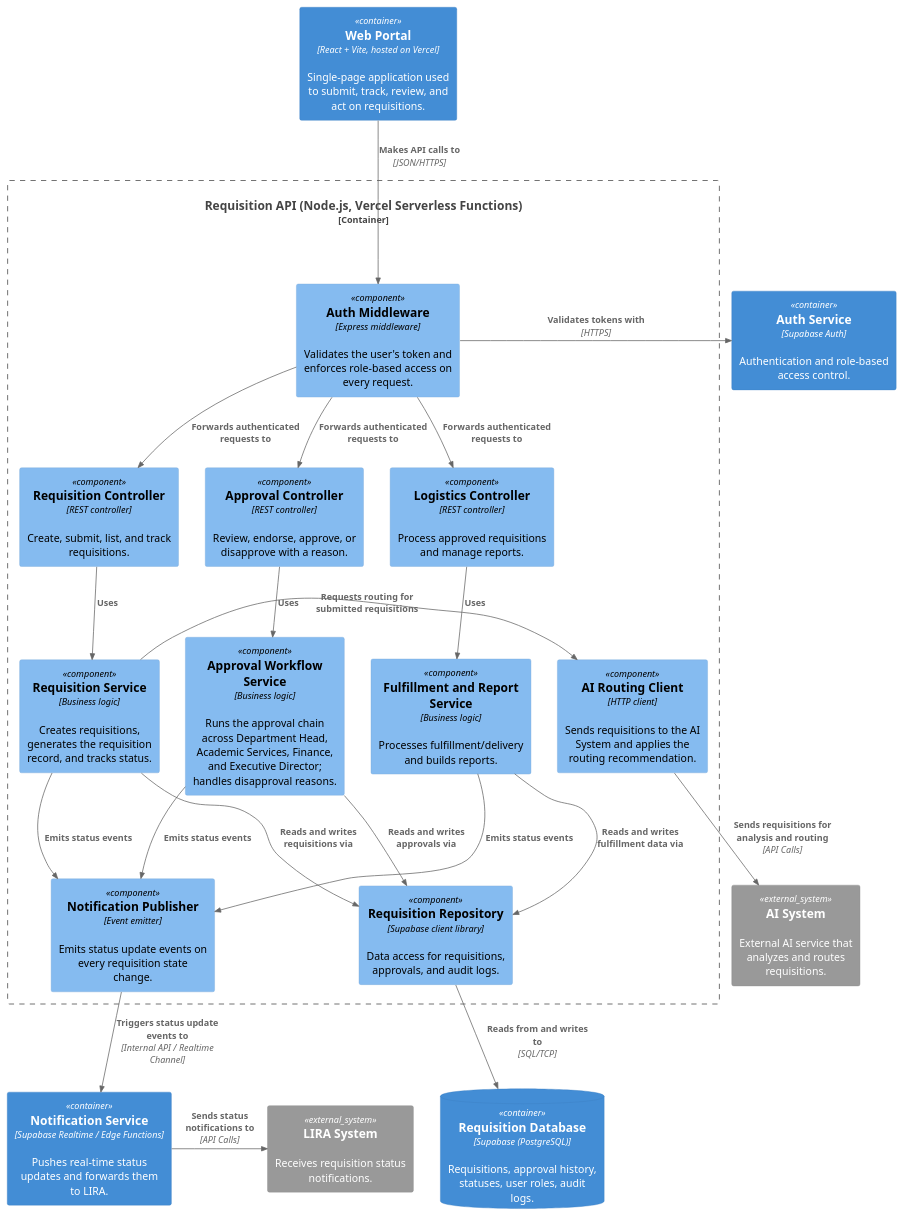
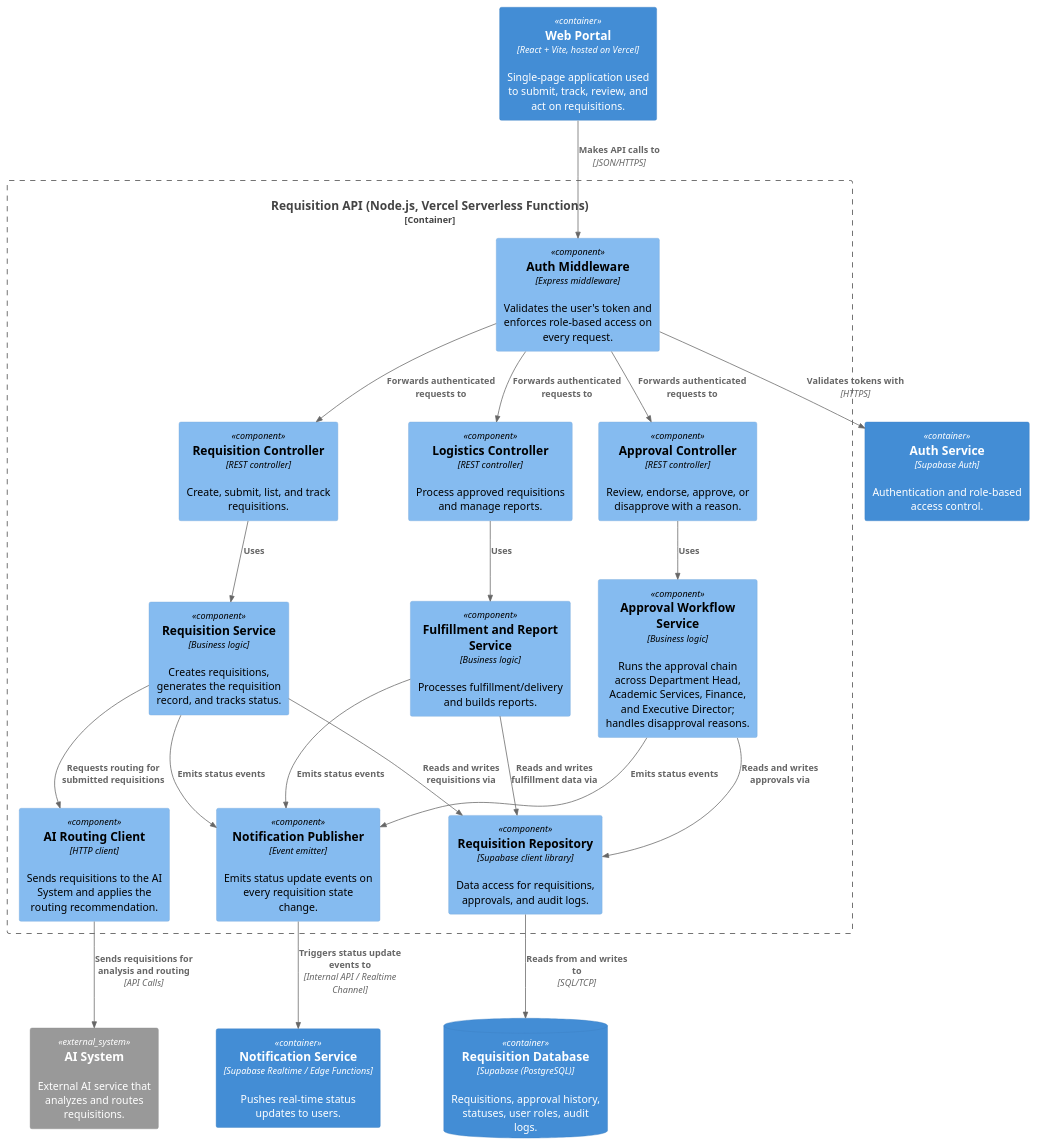
Before and after one commit to APC-SoCIT/APC-2026-2027-T1-IT241-Grp5-DocuPulse-An-AI-Assisted-Phygital-Document-Tracking-System: the diagram in docs/MSYADD1/DouPulse Component Diagram.puml, drawn with PlantUML. The commit also changed 3 other files, not shown here.

Commit message:
code diagram fixes

```diff
--- a/docs/MSYADD1/DouPulse Component Diagram.puml
+++ b/docs/MSYADD1/DouPulse Component Diagram.puml
@@ -1,53 +1,53 @@
-@startuml DocuPulse_C4_Component
-!include <C4/C4_Component>
+@startuml DocuPulse-Component
+!include https://raw.githubusercontent.com/plantuml-stdlib/C4-PlantUML/master/C4_Component.puml
 
-Container(web, "Web Portal", "React + Vite, hosted on Vercel", "Single-page application used to submit, track, review, and act on requisitions.")
-Container(auth, "Auth Service", "Supabase Auth", "Authentication and role-based access control.")
-ContainerDb(db, "Requisition Database", "Supabase (PostgreSQL)", "Requisitions, approval history, statuses, user roles, audit logs.")
-Container(notif, "Notification Service", "Supabase Realtime / Edge Functions", "Pushes real-time status updates and forwards them to LIRA.")
-System_Ext(ai, "AI System", "External AI service that analyzes and routes requisitions.")
-System_Ext(lira, "LIRA System", "Receives requisition status notifications.")
+Container(web_portal, "Web Portal", "React + Vite, hosted on Vercel", "Single-page application used to submit, track, review, and act on requisitions.")
+
+Container(auth_service, "Auth Service", "Supabase Auth", "Authentication and role-based access control.")
+Container(notification_service, "Notification Service", "Supabase Realtime / Edge Functions", "Pushes real-time status updates to users.")
+ContainerDb(requisition_db, "Requisition Database", "Supabase (PostgreSQL)", "Requisitions, approval history, statuses, user roles, audit logs.")
+
+System_Ext(ai_system, "AI System", "External AI service that analyzes and routes requisitions.")
 
 Container_Boundary(api, "Requisition API (Node.js, Vercel Serverless Functions)") {
-    Component(authmw, "Auth Middleware", "Express middleware", "Validates the user's token and enforces role-based access on every request.")
+    Component(auth_middleware, "Auth Middleware", "Express middleware", "Validates the user's token and enforces role-based access on every request.")
 
-    Component(reqctrl, "Requisition Controller", "REST controller", "Create, submit, list, and track requisitions.")
-    Component(apprctrl, "Approval Controller", "REST controller", "Review, endorse, approve, or disapprove with a reason.")
-    Component(logctrl, "Logistics Controller", "REST controller", "Process approved requisitions and manage reports.")
+    Component(requisition_controller, "Requisition Controller", "REST controller", "Create, submit, list, and track requisitions.")
+    Component(approval_controller, "Approval Controller", "REST controller", "Review, endorse, approve, or disapprove with a reason.")
+    Component(logistics_controller, "Logistics Controller", "REST controller", "Process approved requisitions and manage reports.")
 
-    Component(reqsvc, "Requisition Service", "Business logic", "Creates requisitions, generates the requisition record, and tracks status.")
-    Component(wfsvc, "Approval Workflow Service", "Business logic", "Runs the approval chain across Department Head, Academic Services, Finance, and Executive Director; handles disapproval reasons.")
-    Component(fulsvc, "Fulfillment and Report Service", "Business logic", "Processes fulfillment/delivery and builds reports.")
+    Component(requisition_service, "Requisition Service", "Business logic", "Creates requisitions, generates the requisition record, and tracks status.")
+    Component(approval_workflow, "Approval Workflow Service", "Business logic", "Runs the approval chain across Department Head, Academic Services, Finance, and Executive Director; handles disapproval reasons.")
+    Component(fulfillment_service, "Fulfillment and Report Service", "Business logic", "Processes fulfillment/delivery and builds reports.")
+    Component(ai_routing_client, "AI Routing Client", "HTTP client", "Sends requisitions to the AI System and applies the routing recommendation.")
 
-    Component(aiclient, "AI Routing Client", "HTTP client", "Sends requisitions to the AI System and applies the routing recommendation.")
-    Component(publisher, "Notification Publisher", "Event emitter", "Emits status update events on every requisition state change.")
-    Component(repo, "Requisition Repository", "Supabase client library", "Data access for requisitions, approvals, and audit logs.")
+    Component(notification_publisher, "Notification Publisher", "Event emitter", "Emits status update events on every requisition state change.")
+    Component(requisition_repository, "Requisition Repository", "Supabase client library", "Data access for requisitions, approvals, and audit logs.")
 }
 
-Rel_D(web, authmw, "Makes API calls to", "JSON/HTTPS")
-Rel_R(authmw, auth, "Validates tokens with", "HTTPS")
+Rel(web_portal, auth_middleware, "Makes API calls to", "JSON/HTTPS")
+Rel(auth_middleware, auth_service, "Validates tokens with", "HTTPS")
 
-Rel_D(authmw, reqctrl, "Forwards authenticated requests to")
-Rel_D(authmw, apprctrl, "Forwards authenticated requests to")
-Rel_D(authmw, logctrl, "Forwards authenticated requests to")
+Rel(auth_middleware, requisition_controller, "Forwards authenticated requests to")
+Rel(auth_middleware, approval_controller, "Forwards authenticated requests to")
+Rel(auth_middleware, logistics_controller, "Forwards authenticated requests to")
 
-Rel_D(reqctrl, reqsvc, "Uses")
-Rel_D(apprctrl, wfsvc, "Uses")
-Rel_D(logctrl, fulsvc, "Uses")
+Rel(requisition_controller, requisition_service, "Uses")
+Rel(approval_controller, approval_workflow, "Uses")
+Rel(logistics_controller, fulfillment_service, "Uses")
 
-Rel_R(reqsvc, aiclient, "Requests routing for submitted requisitions")
-Rel_D(aiclient, ai, "Sends requisitions for analysis and routing", "API Calls")
+Rel(requisition_service, ai_routing_client, "Requests routing for submitted requisitions")
+Rel(ai_routing_client, ai_system, "Sends requisitions for analysis and routing", "API Calls")
 
-Rel_D(reqsvc, repo, "Reads and writes requisitions via")
-Rel_D(wfsvc, repo, "Reads and writes approvals via")
-Rel_D(fulsvc, repo, "Reads and writes fulfillment data via")
+Rel(requisition_service, notification_publisher, "Emits status events")
+Rel(approval_workflow, notification_publisher, "Emits status events")
+Rel(fulfillment_service, notification_publisher, "Emits status events")
 
-Rel_D(reqsvc, publisher, "Emits status events")
-Rel_D(wfsvc, publisher, "Emits status events")
-Rel_D(fulsvc, publisher, "Emits status events")
+Rel(requisition_service, requisition_repository, "Reads and writes requisitions via")
+Rel(approval_workflow, requisition_repository, "Reads and writes approvals via")
+Rel(fulfillment_service, requisition_repository, "Reads and writes fulfillment data via")
 
-Rel_D(repo, db, "Reads from and writes to", "SQL/TCP")
-Rel_D(publisher, notif, "Triggers status update events to", "Internal API / Realtime Channel")
-Rel_R(notif, lira, "Sends status notifications to", "API Calls")
+Rel(notification_publisher, notification_service, "Triggers status update events to", "Internal API / Realtime Channel")
+Rel(requisition_repository, requisition_db, "Reads from and writes to", "SQL/TCP")
 
 @enduml
```
